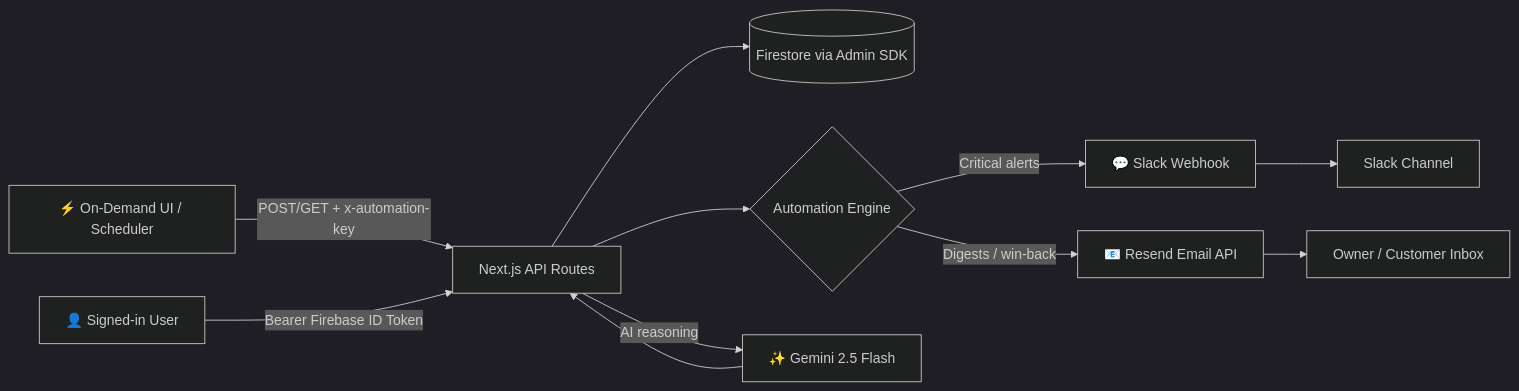
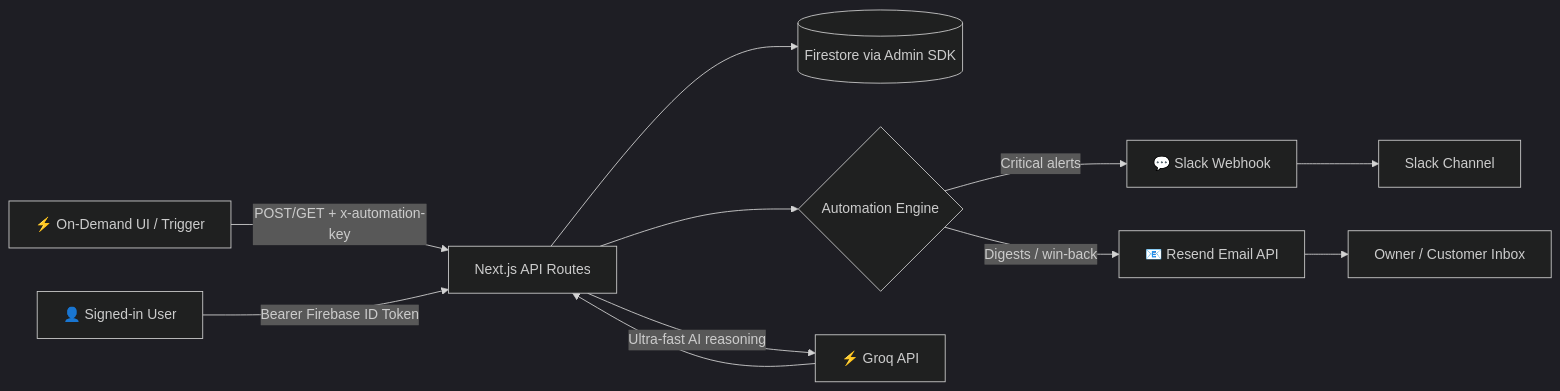
Before and after one commit to Manahil-Abid-dev/PULSEOPS-AI: the first of 2 diagrams in README.md, drawn with Mermaid (dark theme). The commit also changed other lines of this file, not shown here.

````diff
--- a/README.md
+++ b/README.md
@@ -108,14 +108,14 @@
 ```mermaid
 flowchart LR
-    A[⚡ On-Demand UI / Scheduler] -->|POST/GET + x-automation-key| B[Next.js API Routes]
+    A[⚡ On-Demand UI / Trigger] -->|POST/GET + x-automation-key| B[Next.js API Routes]
     U[👤 Signed-in User] -->|Bearer Firebase ID Token| B
     B --> C[(Firestore via Admin SDK)]
     B --> D{Automation Engine}
     D -->|Critical alerts| E[💬 Slack Webhook]
     D -->|Digests / win-back| F[📧 Resend Email API]
     E --> G[Slack Channel]
     F --> H[Owner / Customer Inbox]
-    B -->|AI reasoning| I[✨ Gemini 2.5 Flash]
+    B -->|Ultra-fast AI reasoning| I[⚡ Groq API]
     I --> B
 
 ```
````
